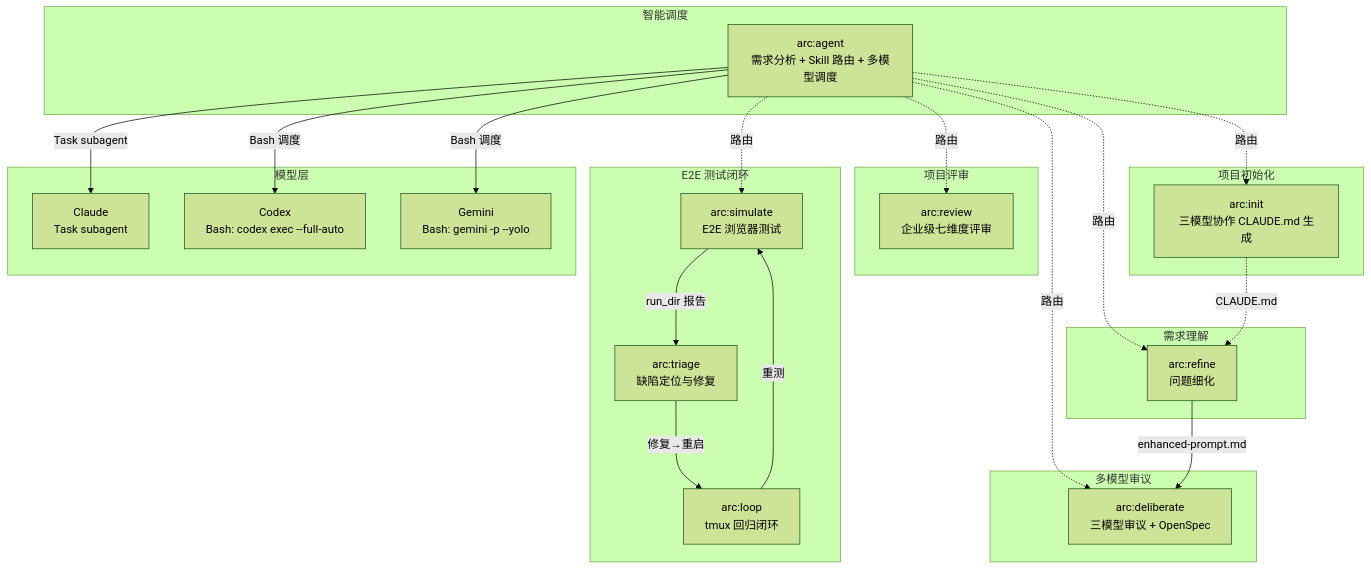
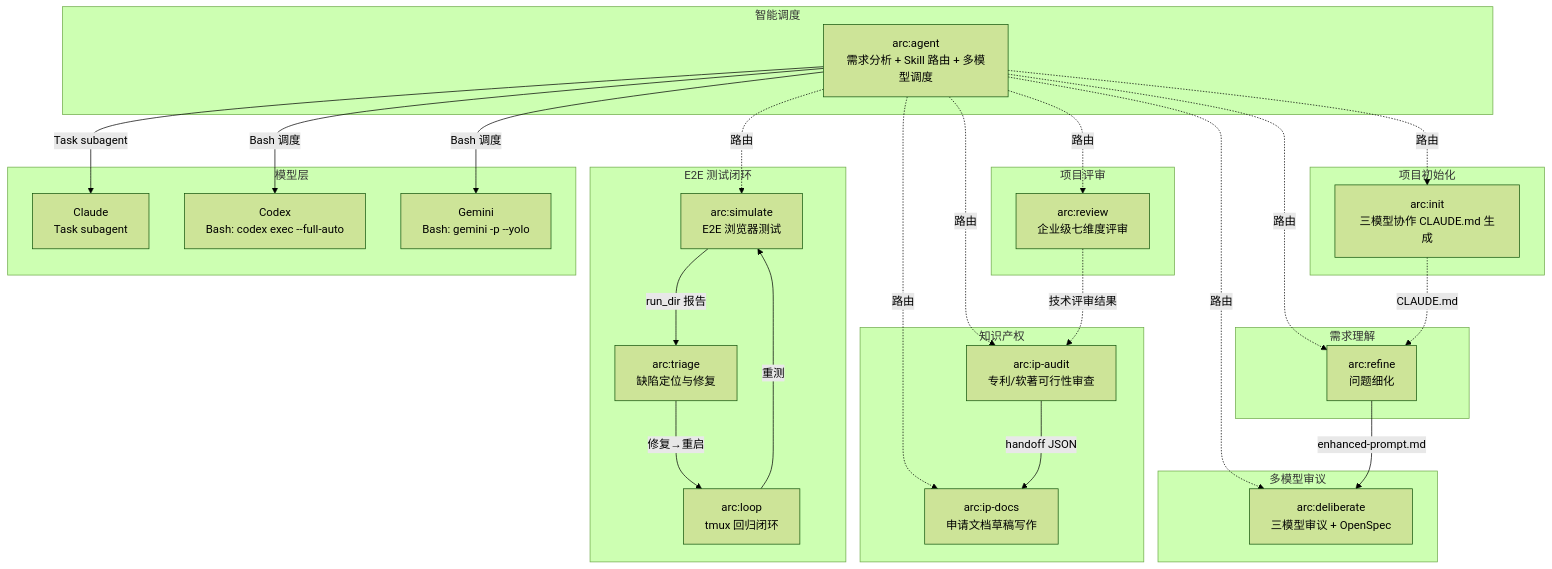
The first of 2 diagrams in README.md (iwen-conf/Skills), drawn with Mermaid (forest theme) before and after one commit. The commit also changed other lines of this file and 2 other files, not shown here.

Commit message:
feat(agent): 接入ip-audit与ip-docs路由及文档索引

````diff
--- a/README.md
+++ b/README.md
@@ -7,43 +7,51 @@
 ```mermaid
 graph TD
     subgraph "智能调度"
         agent["arc:agent<br/>需求分析 + Skill 路由 + 多模型调度"]
     end
     subgraph "项目初始化"
         init["arc:init<br/>三模型协作 CLAUDE.md 生成"]
     end
     subgraph "需求理解"
         refine["arc:refine<br/>问题细化"]
     end
     subgraph "多模型审议"
         deliberate["arc:deliberate<br/>三模型审议 + OpenSpec"]
     end
     subgraph "项目评审"
         review["arc:review<br/>企业级七维度评审"]
     end
+    subgraph "知识产权"
+        ip_audit["arc:ip-audit<br/>专利/软著可行性审查"]
+        ip_docs["arc:ip-docs<br/>申请文档草稿写作"]
+    end
     subgraph "E2E 测试闭环"
         simulate["arc:simulate<br/>E2E 浏览器测试"]
         triage["arc:triage<br/>缺陷定位与修复"]
         loop["arc:loop<br/>tmux 回归闭环"]
     end
     subgraph "模型层"
         claude["Claude<br/>Task subagent"]
         codex["Codex<br/>Bash: codex exec --full-auto"]
         gemini["Gemini<br/>Bash: gemini -p --yolo"]
     end
 
     agent -.->|"路由"| init
     agent -.->|"路由"| refine
     agent -.->|"路由"| deliberate
     agent -.->|"路由"| review
+    agent -.->|"路由"| ip_audit
+    agent -.->|"路由"| ip_docs
     agent -.->|"路由"| simulate
     agent -->|"Task subagent"| claude
     agent -->|"Bash 调度"| codex
     agent -->|"Bash 调度"| gemini
 
     init -.->|"CLAUDE.md"| refine
     refine -->|"enhanced-prompt.md"| deliberate
+    review -.->|"技术评审结果"| ip_audit
+    ip_audit -->|"handoff JSON"| ip_docs
     simulate -->|"run_dir 报告"| triage
     triage -->|"修复→重启"| loop
     loop -->|"重测"| simulate
 ```
````
